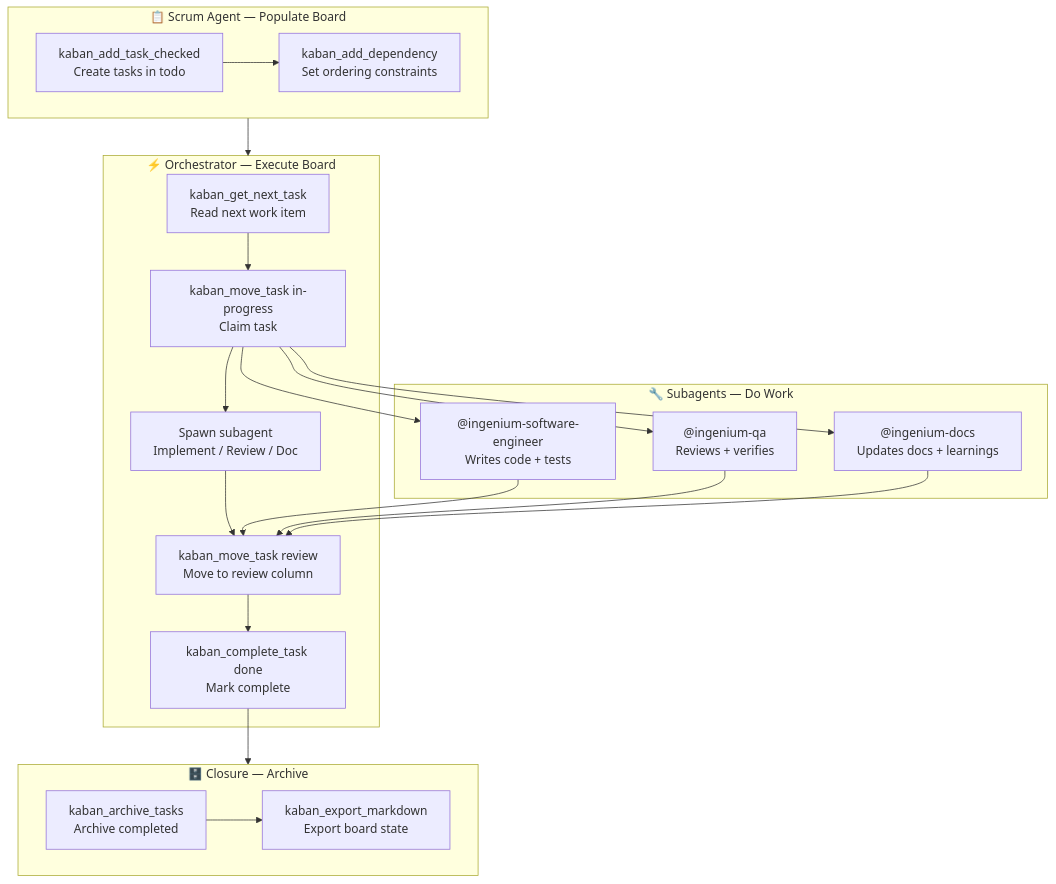
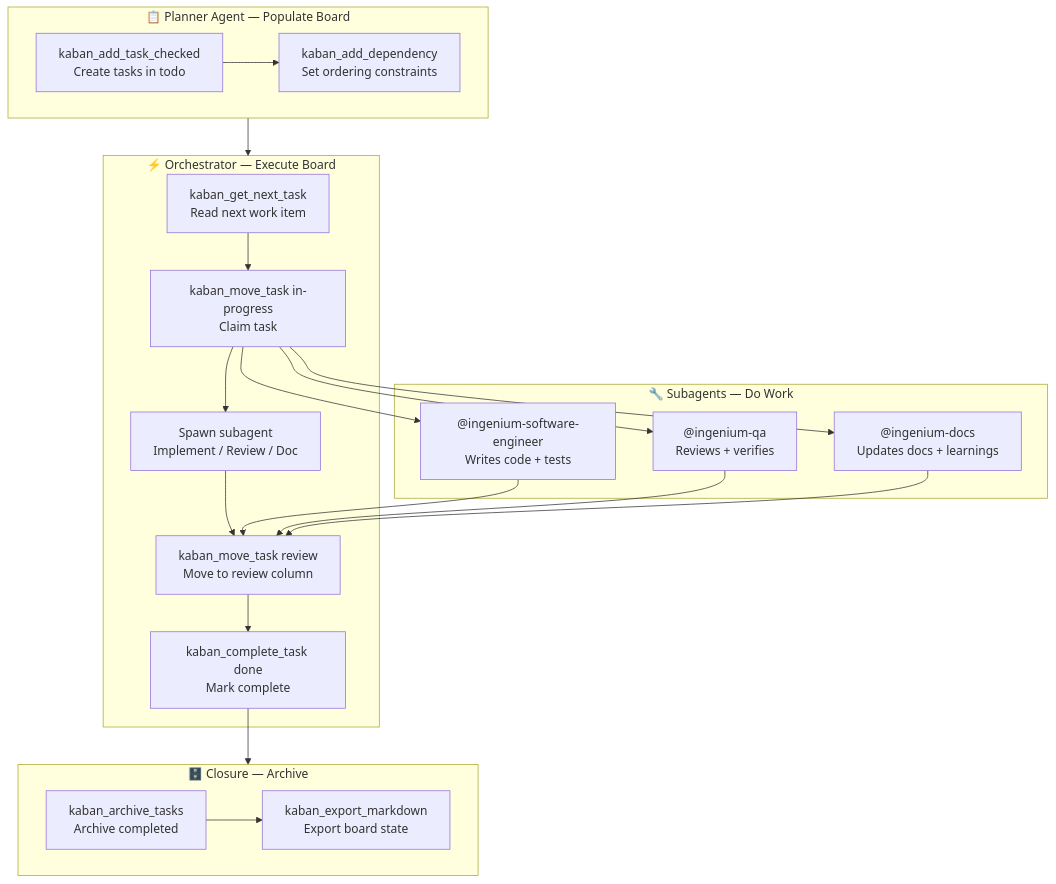
One commit to jtmb/ingenium changed the first of 2 diagrams in docs/ARCHITECTURE.md. Above: the diagram before and after it, drawn with Mermaid. The commit also changed other lines of this file and 6 other files, not shown here.

First line of the commit message:
refactor(agent): rename ingenium-scrum to ingenium-planner

````diff
--- a/docs/ARCHITECTURE.md
+++ b/docs/ARCHITECTURE.md
@@ -97,37 +97,37 @@
 ```mermaid
 flowchart TB
-    subgraph Scrum["📋 Scrum Agent — Populate Board"]
+    subgraph Planner["📋 Planner Agent — Populate Board"]
         A1["kaban_add_task_checked<br/>Create tasks in todo"]
         A2["kaban_add_dependency<br/>Set ordering constraints"]
         A1 --> A2
     end
 
     subgraph Orchestrator["⚡ Orchestrator — Execute Board"]
         B1["kaban_get_next_task<br/>Read next work item"]
         B1 --> B2["kaban_move_task in-progress<br/>Claim task"]
         B2 --> B3["Spawn subagent<br/>Implement / Review / Doc"]
         B3 --> B4["kaban_move_task review<br/>Move to review column"]
         B4 --> B5["kaban_complete_task done<br/>Mark complete"]
     end
 
     subgraph Subagents["🔧 Subagents — Do Work"]
         C1["@ingenium-software-engineer<br/>Writes code + tests"]
         C2["@ingenium-qa<br/>Reviews + verifies"]
         C3["@ingenium-docs<br/>Updates docs + learnings"]
     end
 
     subgraph Closure["🗄️ Closure — Archive"]
         D1["kaban_archive_tasks<br/>Archive completed"]
         D2["kaban_export_markdown<br/>Export board state"]
         D1 --> D2
     end
 
-    Scrum --> Orchestrator
+    Planner --> Orchestrator
     B2 --> C1
     B2 --> C2
     B2 --> C3
     C1 --> B4
     C2 --> B4
     C3 --> B4
     B5 --> Closure
 ```
````
